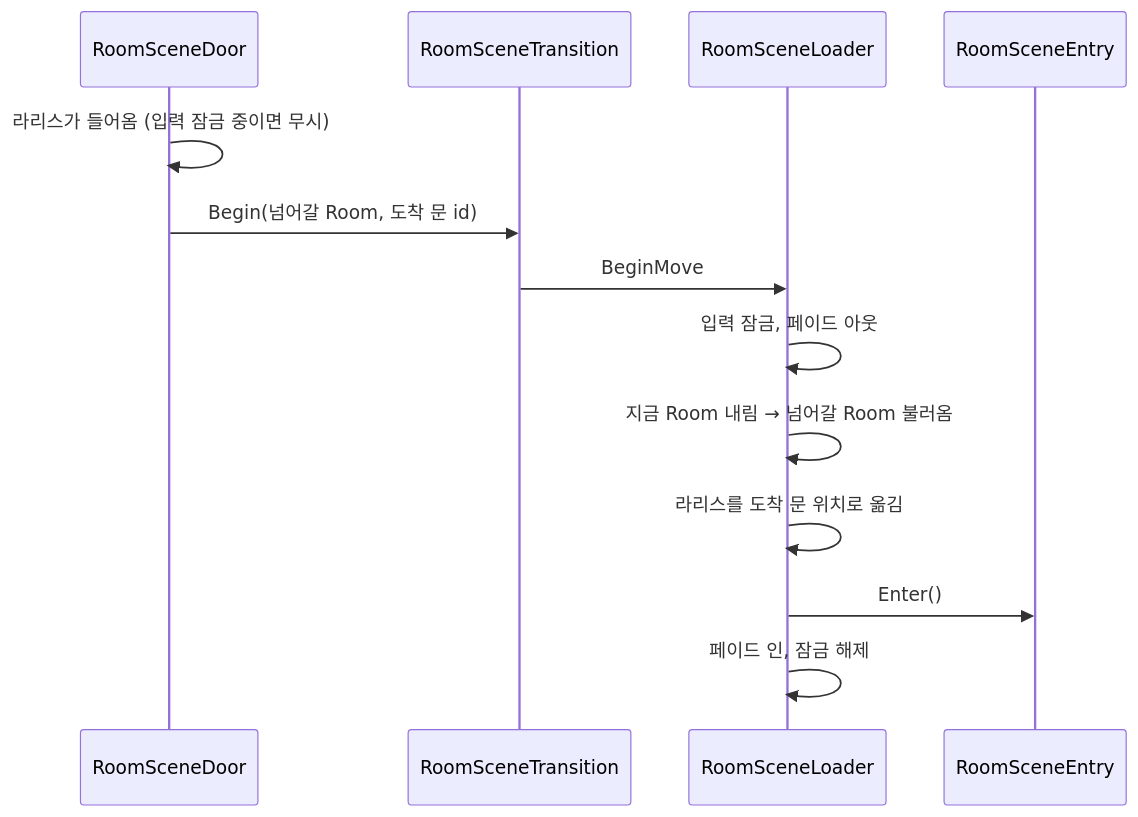
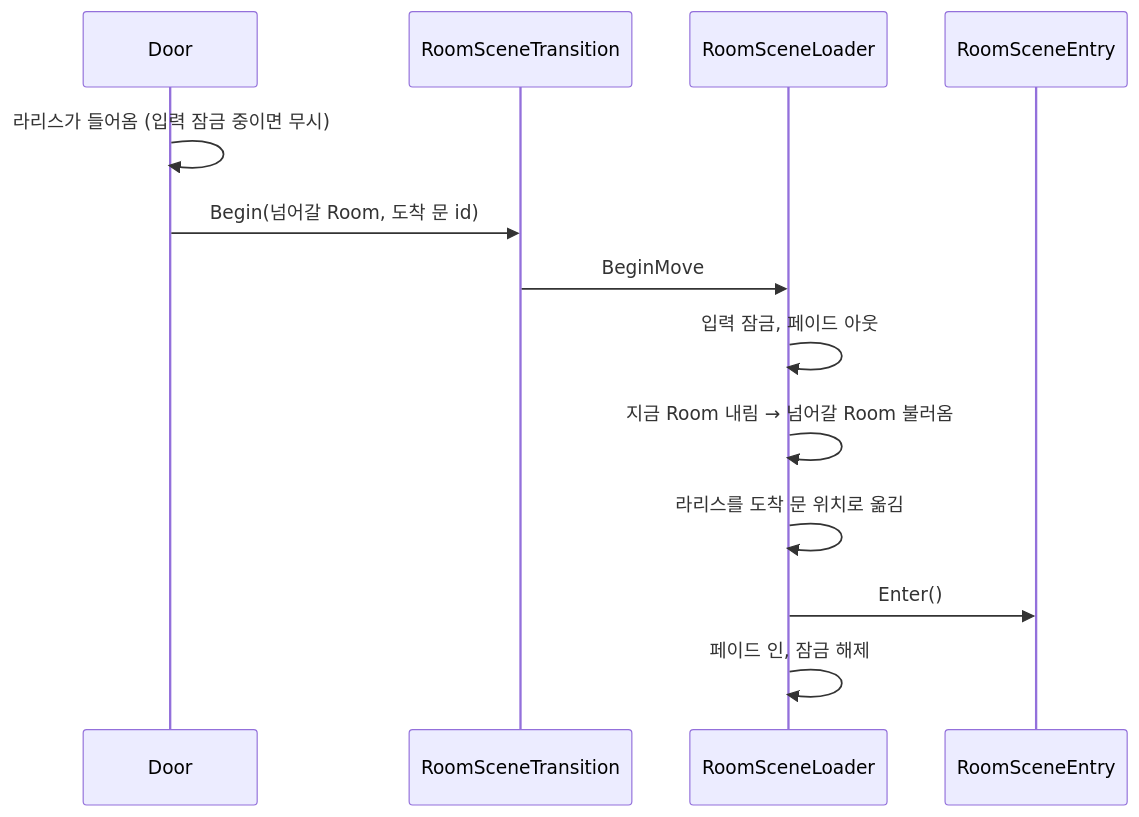
One commit to GaaamJ/Gaze changed the diagram in Docs/기획서/시스템/Room 시스템.md. Above: the diagram before and after it, drawn with Mermaid. The commit also changed other lines of this file and 12 other files, not shown here.

````diff
--- a/Docs/기획서/시스템/Room 시스템.md
+++ b/Docs/기획서/시스템/Room 시스템.md
@@ -34,16 +34,16 @@
 ```mermaid
 sequenceDiagram
-    participant D as RoomSceneDoor
+    participant D as Door
     participant T as RoomSceneTransition
     participant L as RoomSceneLoader
     participant E as RoomSceneEntry
 
     D->>D: 라리스가 들어옴 (입력 잠금 중이면 무시)
     D->>T: Begin(넘어갈 Room, 도착 문 id)
     T->>L: BeginMove
     L->>L: 입력 잠금, 페이드 아웃
     L->>L: 지금 Room 내림 → 넘어갈 Room 불러옴
     L->>L: 라리스를 도착 문 위치로 옮김
     L->>E: Enter()
     L->>L: 페이드 인, 잠금 해제
 ```
````
